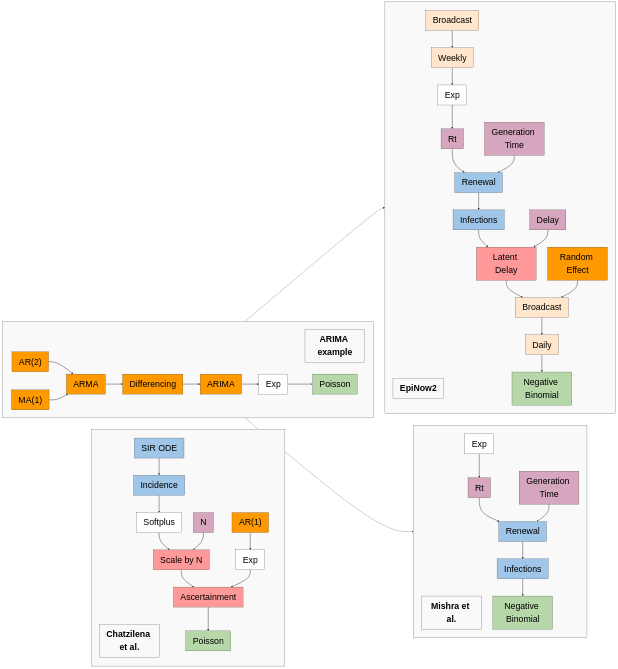
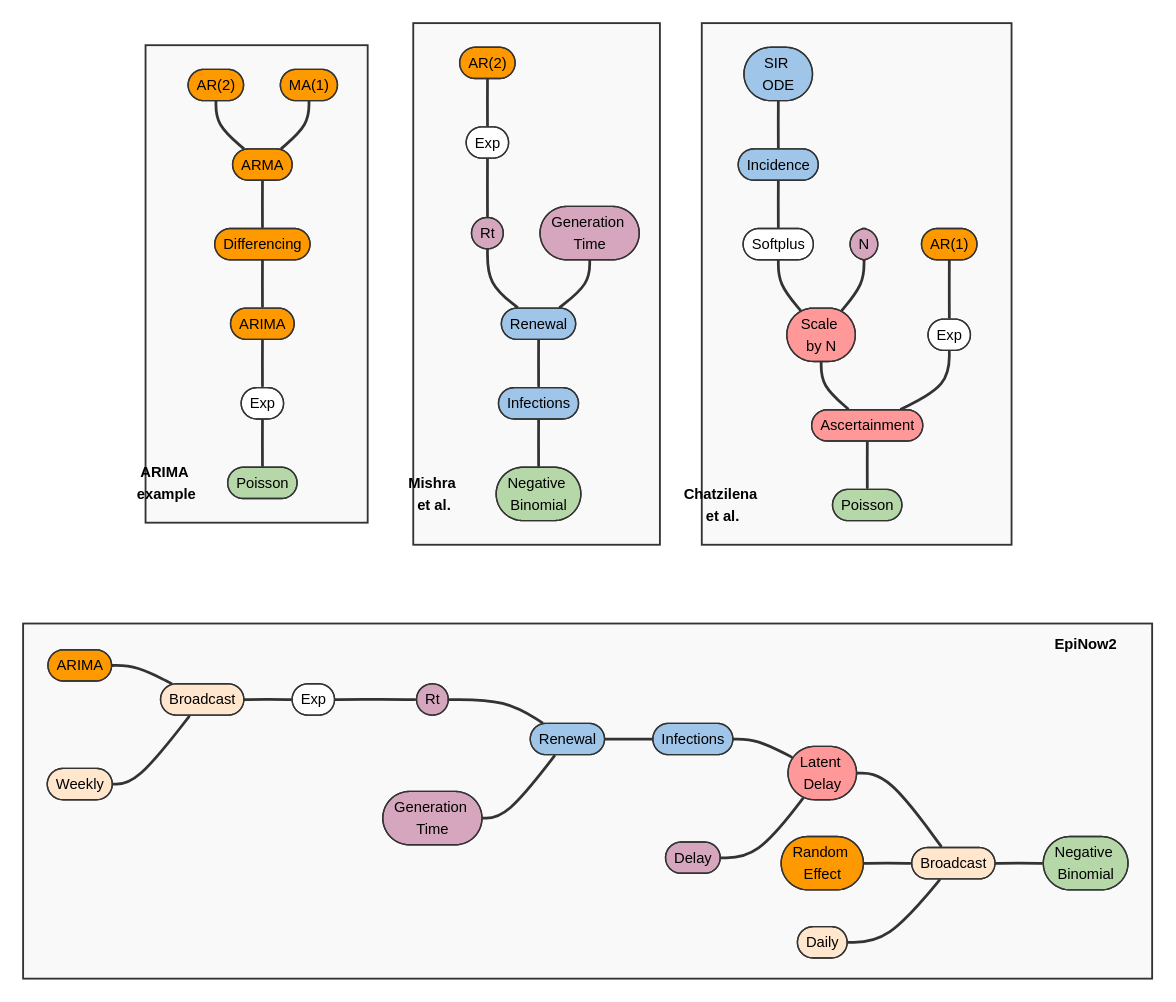
Before and after one commit to EpiAware/PrototypeCompositionalProbablisticInfectiousDiseaseModelling: the diagram in figures/fig-case-studies.qmd, drawn with Mermaid. The commit also changed 5 other files, not shown here.

````diff
--- a/figures/fig-case-studies.qmd
+++ b/figures/fig-case-studies.qmd
@@ -6,123 +6,138 @@
 ```{mermaid}
-%%| fig-width: 10
+%%| fig-width: 24
 
-%%{init: {'theme': 'base', 'themeVariables': {'fontSize': '38px', 'fontFamily': 'arial', 'lineColor': '#333'}}}%%
+%%{init: {'theme': 'base', 'themeVariables': {'fontSize': '64px', 'fontFamily': 'arial', 'lineColor': '#333'}, 'flowchart': {'htmlLabels': false, 'nodeSpacing': 160, 'rankSpacing': 160, 'padding': 40}}}%%
 flowchart LR
     %% Class definitions
-    classDef infection fill:#9fc5e8,stroke:#333,stroke-width:1px,color:black
-    classDef statistical fill:#ff9900,stroke:#333,stroke-width:1px,color:black
-    classDef epiLatent fill:#d5a6bd,stroke:#333,stroke-width:1px,color:black
-    classDef observationModifier fill:#ff9999,stroke:#333,stroke-width:1px,color:black
-    classDef observation fill:#b6d7a8,stroke:#333,stroke-width:1px,color:black
-    classDef broadcast fill:#ffe6cc,stroke:#333,stroke-width:1px,color:black
-    classDef transform fill:#ffffff,stroke:#333,stroke-width:1px,color:black
-    classDef title fill:none,stroke:#333,stroke-width:1px,color:black,font-weight:bold
-    classDef default fill:#f9f9f9,stroke:#333,stroke-width:1px,color:black
+    classDef infection fill:#9fc5e8,stroke:#333,stroke-width:6px,color:black,padding:20px
+    classDef statistical fill:#ff9900,stroke:#333,stroke-width:6px,color:black,padding:20px
+    classDef epiLatent fill:#d5a6bd,stroke:#333,stroke-width:6px,color:black,padding:20px
+    classDef observationModifier fill:#ff9999,stroke:#333,stroke-width:6px,color:black,padding:20px
+    classDef observation fill:#b6d7a8,stroke:#333,stroke-width:6px,color:black,padding:20px
+    classDef broadcast fill:#ffe6cc,stroke:#333,stroke-width:6px,color:black,padding:20px
+    classDef transform fill:#ffffff,stroke:#333,stroke-width:6px,color:black,padding:20px
+    classDef title fill:none,stroke:none,color:black,font-weight:bold
+    classDef sharedModel stroke:#6600cc,stroke-width:6px,stroke-dasharray:5 5,fill:#f3e5f5,color:black,padding:20px
+    classDef default fill:#f9f9f9,stroke:#333,stroke-width:6px,color:black,padding:20px
 
-    %% Panel B: Case Study 1 - Mishra
-    subgraph B[" "]
-        B_Title["Mishra et al."]:::title
-        direction TB
-        B_Exp["Exp"]:::transform
-        B_Rt["Rt"]:::epiLatent
-        B_GT["Generation Time"]:::epiLatent
-        B_Renewal["Renewal"]:::infection
-        B_Infections["Infections"]:::infection
-        B_Obs["Negative Binomial"]:::observation
+    %% ===== ROW 1: EpiNow2 (horizontal) =====
+    subgraph Row1[" "]
+        direction LR
 
-        B_Exp --> B_Rt
-        B_Rt --> B_Renewal
-        B_GT --> B_Renewal
-        B_Renewal --> B_Infections
-        B_Infections --> B_Obs
+        subgraph C[" "]
+            C_Title(["EpiNow2"]):::title
+            direction LR
+            C_ARIMA(["ARIMA"]):::statistical
+            C_Broadcast(["Broadcast"]):::broadcast
+            C_Weekly(["Weekly"]):::broadcast
+            C_Exp(["Exp"]):::transform
+            C_Rt(["Rt"]):::epiLatent
+            C_GT(["Generation Time"]):::epiLatent
+            C_Renewal(["Renewal"]):::infection
+            C_Infections(["Infections"]):::infection
+            C_Delay(["Delay"]):::epiLatent
+            C_LatentDelay(["Latent Delay"]):::observationModifier
+            C_RE(["Random Effect"]):::statistical
+            C_AscBroadcast(["Broadcast"]):::broadcast
+            C_AscDaily(["Daily"]):::broadcast
+            C_Obs(["Negative Binomial"]):::observation
+
+            C_ARIMA ==> C_Broadcast
+            C_Weekly ==> C_Broadcast
+            C_Broadcast ==> C_Exp
+            C_Exp ==> C_Rt
+            C_Rt ==> C_Renewal
+            C_GT ==> C_Renewal
+            C_Renewal ==> C_Infections
+            C_Infections ==> C_LatentDelay
+            C_Delay ==> C_LatentDelay
+            C_LatentDelay ==> C_AscBroadcast
+            C_RE ==> C_AscBroadcast
+            C_AscDaily ==> C_AscBroadcast
+            C_AscBroadcast ==> C_Obs
+        end
     end
 
-    %% Panel C: Case Study 2 - EpiNow2
-    subgraph C[" "]
-        C_Title["EpiNow2"]:::title
+    %% ===== ROW 2: ARIMA, Mishra, Chatzilena =====
+    subgraph Row2[" "]
         direction TB
-        C_Broadcast["Broadcast"]:::broadcast
-        C_Weekly["Weekly"]:::broadcast
-        C_Exp["Exp"]:::transform
-        C_Rt["Rt"]:::epiLatent
-        C_GT["Generation Time"]:::epiLatent
-        C_Renewal["Renewal"]:::infection
-        C_Infections["Infections"]:::infection
-        C_Delay["Delay"]:::epiLatent
-        C_LatentDelay["Latent Delay"]:::observationModifier
-        C_RE["Random Effect"]:::statistical
-        C_AscBroadcast["Broadcast"]:::broadcast
-        C_AscDaily["Daily"]:::broadcast
-        C_Obs["Negative Binomial"]:::observation
 
-        C_Broadcast --> C_Weekly
-        C_Weekly --> C_Exp
-        C_Exp --> C_Rt
-        C_Rt --> C_Renewal
-        C_GT --> C_Renewal
-        C_Renewal --> C_Infections
-        C_Infections --> C_LatentDelay
-        C_Delay --> C_LatentDelay
-        C_LatentDelay --> C_AscBroadcast
-        C_RE --> C_AscBroadcast
-        C_AscBroadcast --> C_AscDaily
-        C_AscDaily --> C_Obs
-    end
+        subgraph D[" "]
+            D_Title(["Chatzilena et al."]):::title
+            direction TB
+            D_SIR(["SIR ODE"]):::infection
+            D_Incidence(["Incidence"]):::infection
+            D_N(["N"]):::epiLatent
+            D_Softplus(["Softplus"]):::transform
+            D_ScaleN(["Scale by N"]):::observationModifier
+            D_AR(["AR(1)"]):::statistical
+            D_Exp(["Exp"]):::transform
+            D_Ascertainment(["Ascertainment"]):::observationModifier
+            D_Obs(["Poisson"]):::observation
 
-    %% Panel D: Case Study 3 - Chatzilena et al.
-    subgraph D[" "]
-        D_Title["Chatzilena et al."]:::title
-        direction TB
-        D_SIR["SIR ODE"]:::infection
-        D_Incidence["Incidence"]:::infection
-        D_N["N"]:::epiLatent
-        D_Softplus["Softplus"]:::transform
-        D_ScaleN["Scale by N"]:::observationModifier
-        D_AR["AR(1)"]:::statistical
-        D_Exp["Exp"]:::transform
-        D_Ascertainment["Ascertainment"]:::observationModifier
-        D_Obs["Poisson"]:::observation
+            D_SIR ==> D_Incidence
+            D_Incidence ==> D_Softplus
+            D_Softplus ==> D_ScaleN
+            D_N ==> D_ScaleN
+            D_ScaleN ==> D_Ascertainment
+            D_AR ==> D_Exp
+            D_Exp ==> D_Ascertainment
+            D_Ascertainment ==> D_Obs
+        end
 
-        D_SIR --> D_Incidence
-        D_Incidence --> D_Softplus
-        D_Softplus --> D_ScaleN
-        D_N --> D_ScaleN
-        D_ScaleN --> D_Ascertainment
-        D_AR --> D_Exp
-        D_Exp --> D_Ascertainment
-        D_Ascertainment --> D_Obs
-    end
+        subgraph B[" "]
+            B_Title(["Mishra et al."]):::title
+            direction TB
+            B_AR(["AR(2)"]):::statistical
+            B_Exp(["Exp"]):::transform
+            B_Rt(["Rt"]):::epiLatent
+            B_GT(["Generation Time"]):::epiLatent
+            B_Renewal(["Renewal"]):::infection
+            B_Infections(["Infections"]):::infection
+            B_Obs(["Negative Binomial"]):::observation
 
-    %% Panel A: ARIMA Construction
-    subgraph A[" "]
-        A_Title["ARIMA example"]:::title
-        direction LR
-        A_AR["AR(2)"]:::statistical
-        A_MA["MA(1)"]:::statistical
-        A_ARMA["ARMA"]:::statistical
-        A_DIFF["Differencing"]:::statistical
-        A_ARIMA["ARIMA"]:::statistical
-        A_Exp["Exp"]:::transform
-        A_Obs["Poisson"]:::observation
+            B_AR ==> B_Exp
+            B_Exp ==> B_Rt
+            B_Rt ==> B_Renewal
+            B_GT ==> B_Renewal
+            B_Renewal ==> B_Infections
+            B_Infections ==> B_Obs
+        end
 
-        A_AR --> A_ARMA
-        A_MA --> A_ARMA
-        A_ARMA --> A_DIFF
-        A_DIFF --> A_ARIMA
-        A_ARIMA --> A_Exp
-        A_Exp --> A_Obs
+        subgraph A[" "]
+            A_Title(["ARIMA example"]):::title
+            direction TB
+            A_AR(["AR(2)"]):::statistical
+            A_MA(["MA(1)"]):::statistical
+            A_ARMA(["ARMA"]):::statistical
+            A_DIFF(["Differencing"]):::statistical
+            A_ARIMA(["ARIMA"]):::statistical
+            A_Exp(["Exp"]):::transform
+            A_Obs(["Poisson"]):::observation
+
+            A_AR ==> A_ARMA
+            A_MA ==> A_ARMA
+            A_ARMA ==> A_DIFF
+            A_DIFF ==> A_ARIMA
+            A_ARIMA ==> A_Exp
+            A_Exp ==> A_Obs
+        end
     end
 
     %% Cross-panel connections showing component reuse
-    A_AR -.-> B_Exp
-    A_ARIMA -.-> C_Broadcast
+    %% A_AR -.-> B_Exp
+    %% A_ARIMA -.-> C_Broadcast
+
+    %% Style for row subgraphs (invisible)
+    style Row1 fill:none,stroke:none
+    style Row2 fill:none,stroke:none
 
     %% Style panels
-    style A fill:#f9f9f9,stroke:#333,stroke-width:1px
-    style B fill:#f9f9f9,stroke:#333,stroke-width:1px
-    style C fill:#f9f9f9,stroke:#333,stroke-width:1px
-    style D fill:#f9f9f9,stroke:#333,stroke-width:1px
+    style A fill:#f9f9f9,stroke:#333,stroke-width:8px
+    style B fill:#f9f9f9,stroke:#333,stroke-width:8px
+    style C fill:#f9f9f9,stroke:#333,stroke-width:8px
+    style D fill:#f9f9f9,stroke:#333,stroke-width:8px
 
-    %% Thicker lines for all connections
-    linkStyle default stroke:#333,stroke-width:2px
+    %% Make link lines thicker
+    linkStyle default stroke-width:12px
 ```
````
